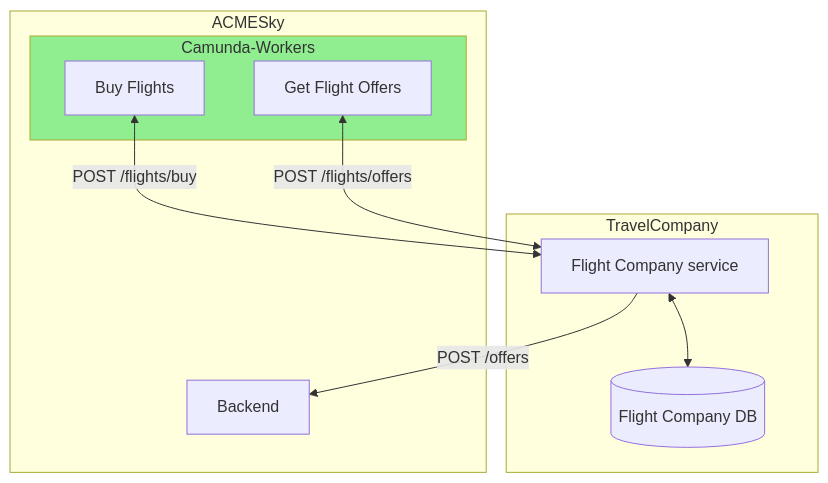
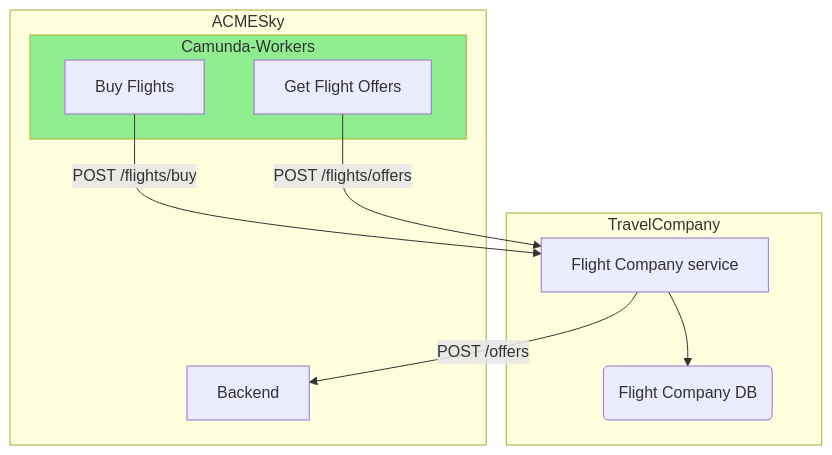
One commit to sosengers/project-documentation changed the diagram in docs/implementazione/flightcompany.md. Above: the diagram before and after it, drawn with Mermaid. The commit also changed 17 other files, not shown here.

Commit message:
Modificati diagrammi

````diff
--- a/docs/implementazione/flightcompany.md
+++ b/docs/implementazione/flightcompany.md
@@ -4,22 +4,22 @@
 ```mermaid
 graph TB
 FC1 -->|POST /offers| AS3
-AS1 <-->|POST /flights/buy| FC1
-AS2 <-->|POST /flights/offers| FC1
+AS1 -->|POST /flights/buy| FC1
+AS2 -->|POST /flights/offers| FC1
 
 subgraph TravelCompany
 FC1[Flight Company service]
-FC2[(Flight Company DB)]
-FC1 <--> FC2
+FC2(Flight Company DB)
+FC1 --> FC2
 end
 
 subgraph ACMESky
 subgraph Camunda-Workers
 AS1[Buy Flights]
 AS2[Get Flight Offers]
 end
 AS3[Backend]
 end
 
 style Camunda-Workers fill:#90EE90
 ```
````
